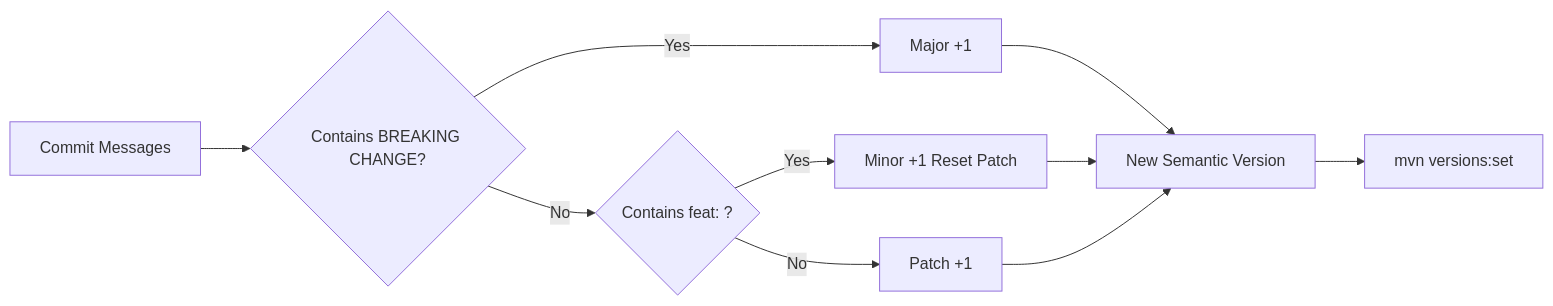
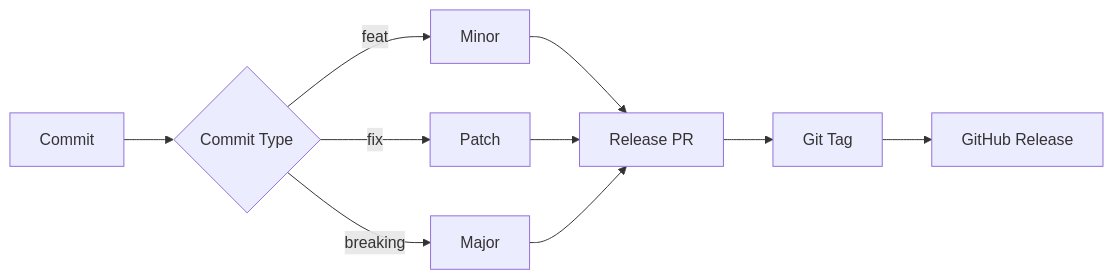
Before and after one commit to opencode-qa/hybrid-framework: the ninth of 9 diagrams in README.md, drawn with Mermaid. The commit also changed other lines of this file and 7 other files, not shown here.

````diff
--- a/README.md
+++ b/README.md
@@ -201,19 +555,20 @@
 ```mermaid
 flowchart LR
 
-    A[Commit Messages] --> B{"Contains BREAKING CHANGE?"}
+    A[Commit]
+        --> B{Commit Type}
 
-    B -->|Yes| C[Major +1]
+    B -->|feat| C[Minor]
 
-    B -->|No| D{"Contains feat: ?"}
+    B -->|fix| D[Patch]
 
-    D -->|Yes| E[Minor +1 Reset Patch]
+    B -->|breaking| E[Major]
 
-    D -->|No| F[Patch +1]
+    C --> F[Release PR]
+    D --> F
+    E --> F
 
-    C --> G[New Semantic Version]
-    E --> G
-    F --> G
+    F --> G[Git Tag]
 
-    G --> H[mvn versions:set]
+    G --> H[GitHub Release]
 ```
````
